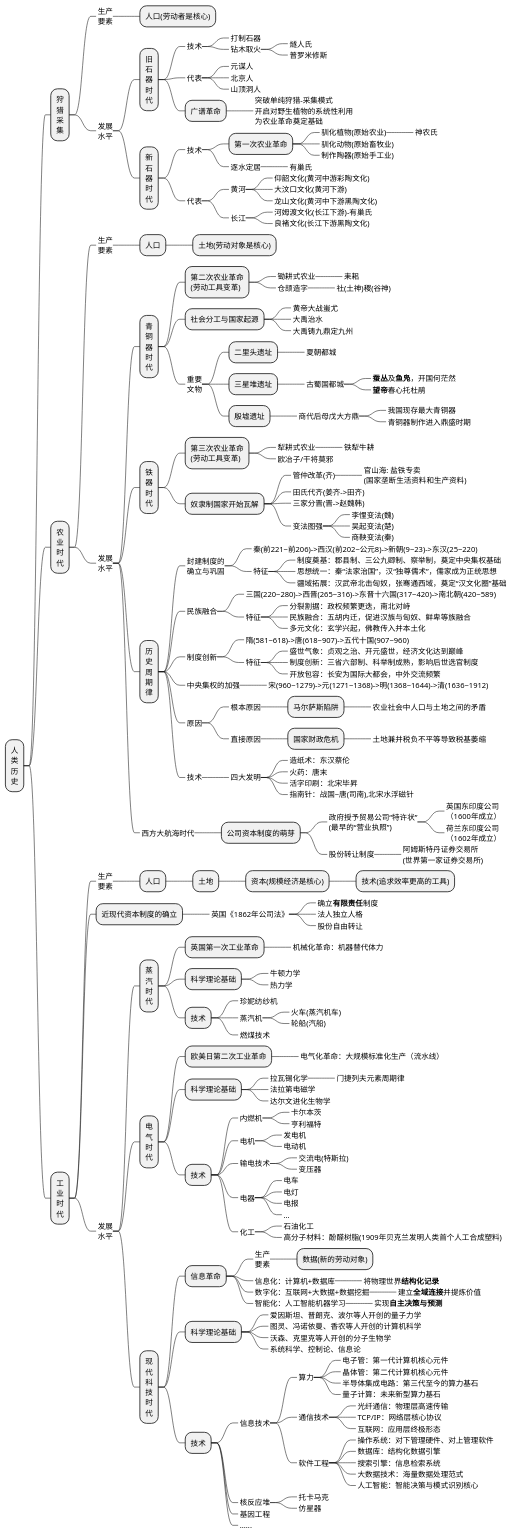
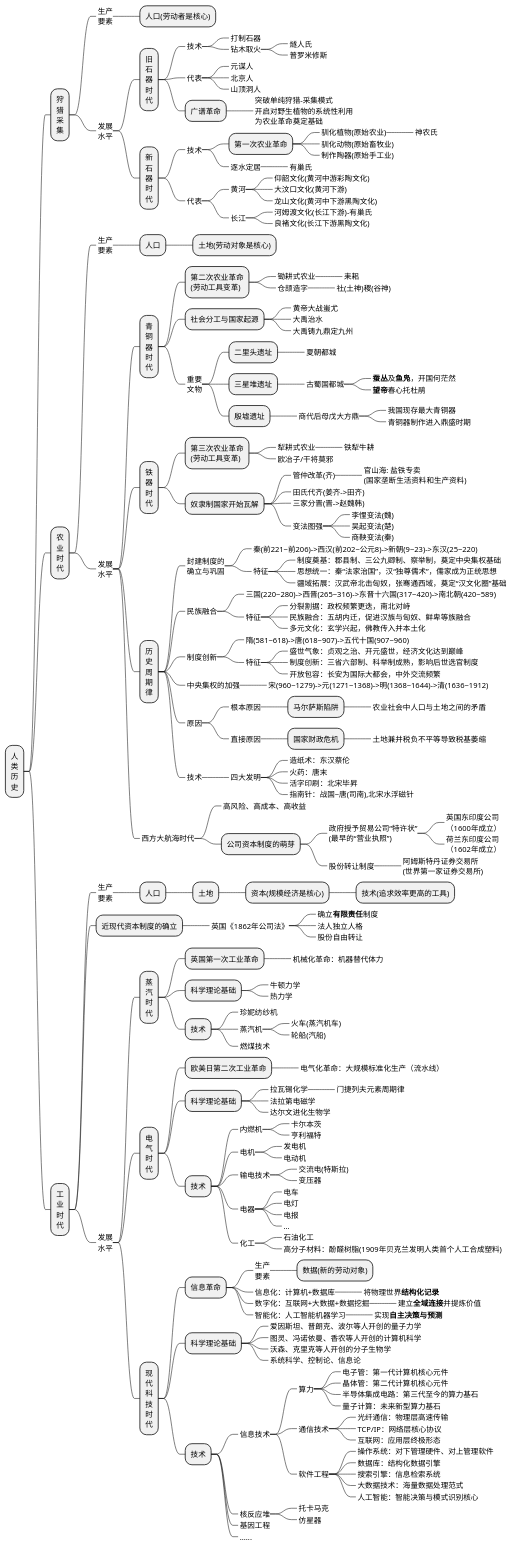
The first of 4 diagrams in source/_posts/economic/economic_and_history.md (holmofy/blog.hufeifei.cn), drawn with PlantUML before and after one commit.

```diff
--- a/source/_posts/economic/economic_and_history.md
+++ b/source/_posts/economic/economic_and_history.md
@@ -129,6 +129,7 @@
 +++++++_ 活字印刷：北宋毕昇
 +++++++_ 指南针：战国~唐(司南),北宋水浮磁针
 ++++_ 西方大航海时代
++++++_ 高风险、高成本、高收益 
 +++++ 公司资本制度的萌芽
 ++++++_ 政府授予贸易公司“特许状”\n(最早的“营业执照”)
 +++++++_ 英国东印度公司\n（1600年成立）
```
